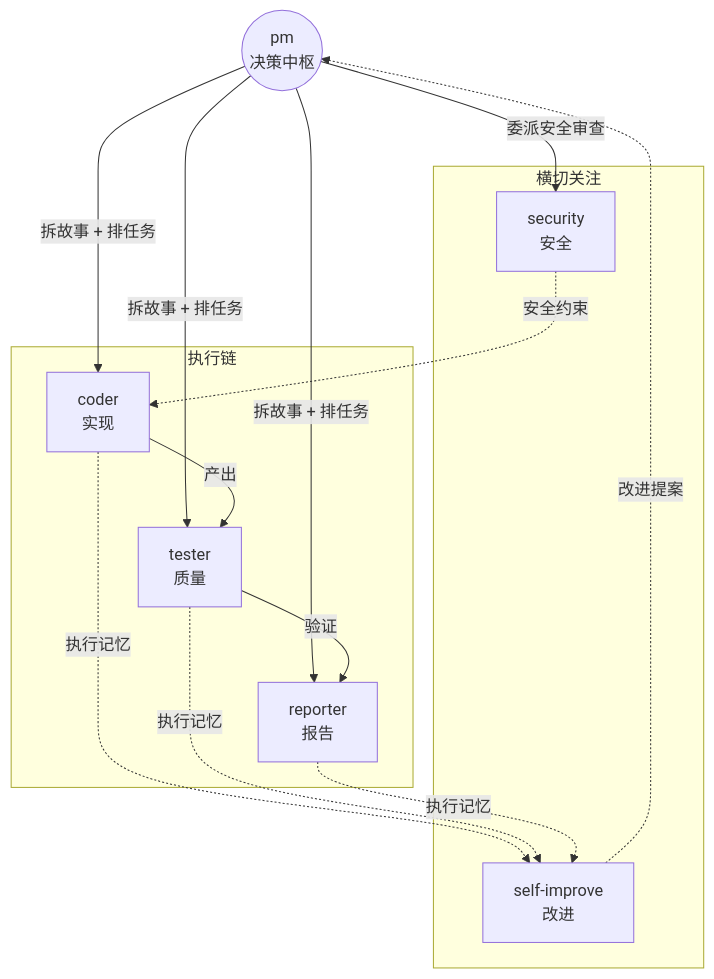
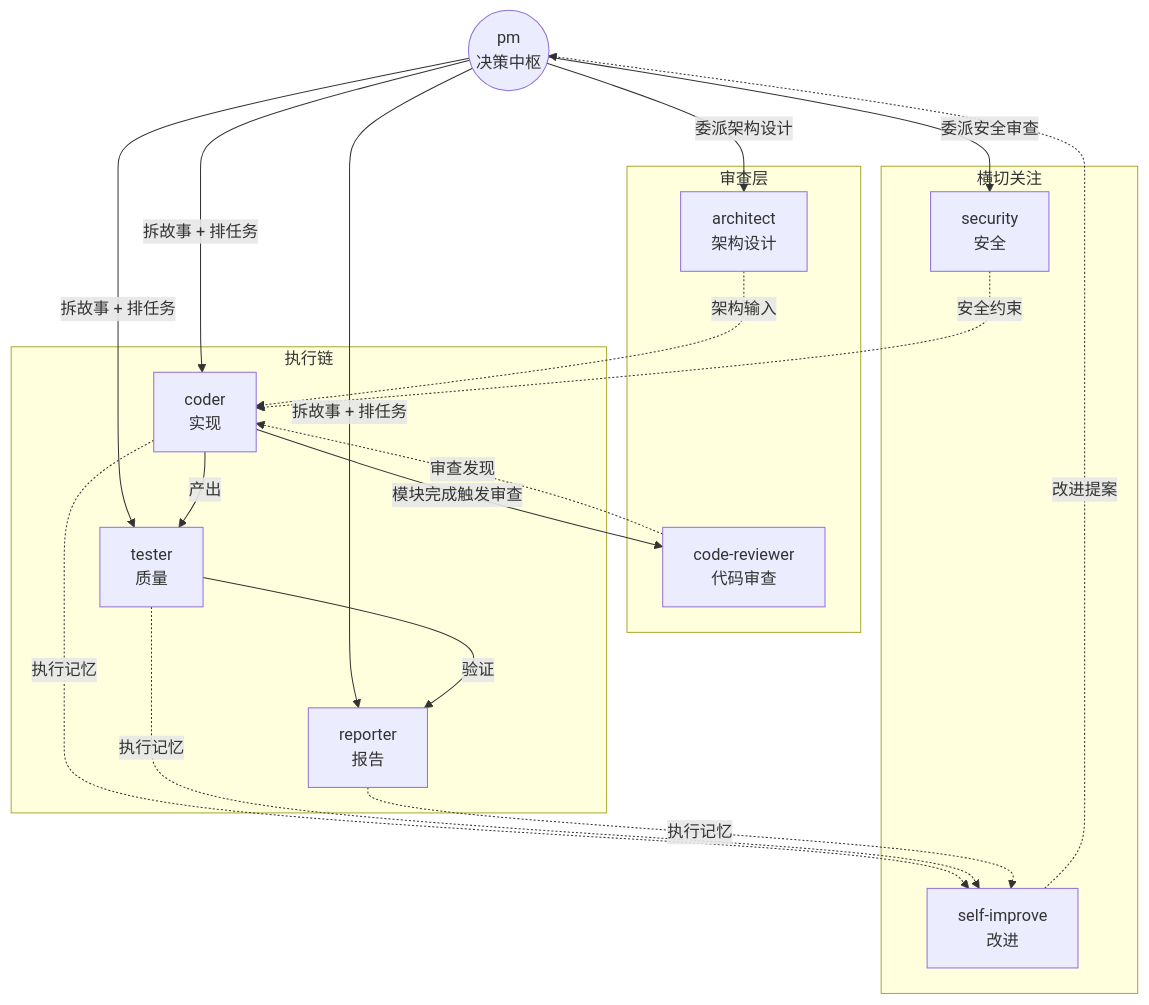
The first of 8 diagrams in agents/AGENT.md (effiy/YrY), drawn with Mermaid before and after one commit. The commit also changed other lines of this file and 37 other files, not shown here.

````diff
--- a/agents/AGENT.md
+++ b/agents/AGENT.md
@@ -11,24 +11,33 @@
 ```mermaid
 flowchart TB
     pm(("pm<br/>决策中枢")):::core
 
     subgraph 执行链["执行链"]
         coder[coder<br/>实现]:::exec
         tester[tester<br/>质量]:::exec
         reporter[reporter<br/>报告]:::exec
     end
 
+    subgraph 审查["审查层"]
+        cr[code-reviewer<br/>代码审查]:::review
+        architect[architect<br/>架构设计]:::review
+    end
+
     subgraph 横切["横切关注"]
         security[security<br/>安全]:::cross
         si[self-improve<br/>改进]:::cross
     end
 
     pm -->|委派安全审查| security
+    pm -->|委派架构设计| architect
     pm -->|拆故事 + 排任务| coder & tester & reporter
     coder -->|产出| tester
     tester -->|验证| reporter
+    coder -->|模块完成触发审查| cr
+    cr -.审查发现.-> coder
+    architect -.架构输入.-> coder
     security -.安全约束.-> coder
     si -.改进提案.-> pm
     coder & tester & reporter -.执行记忆.-> si
 
 ```
````
